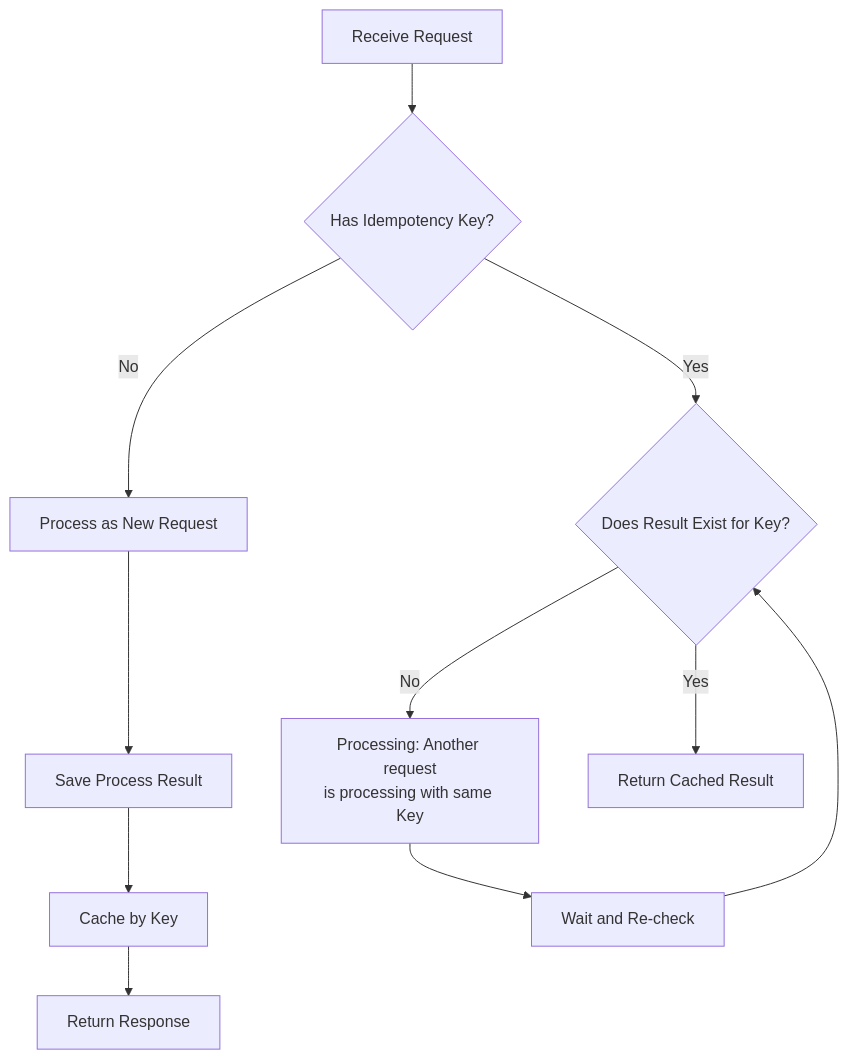
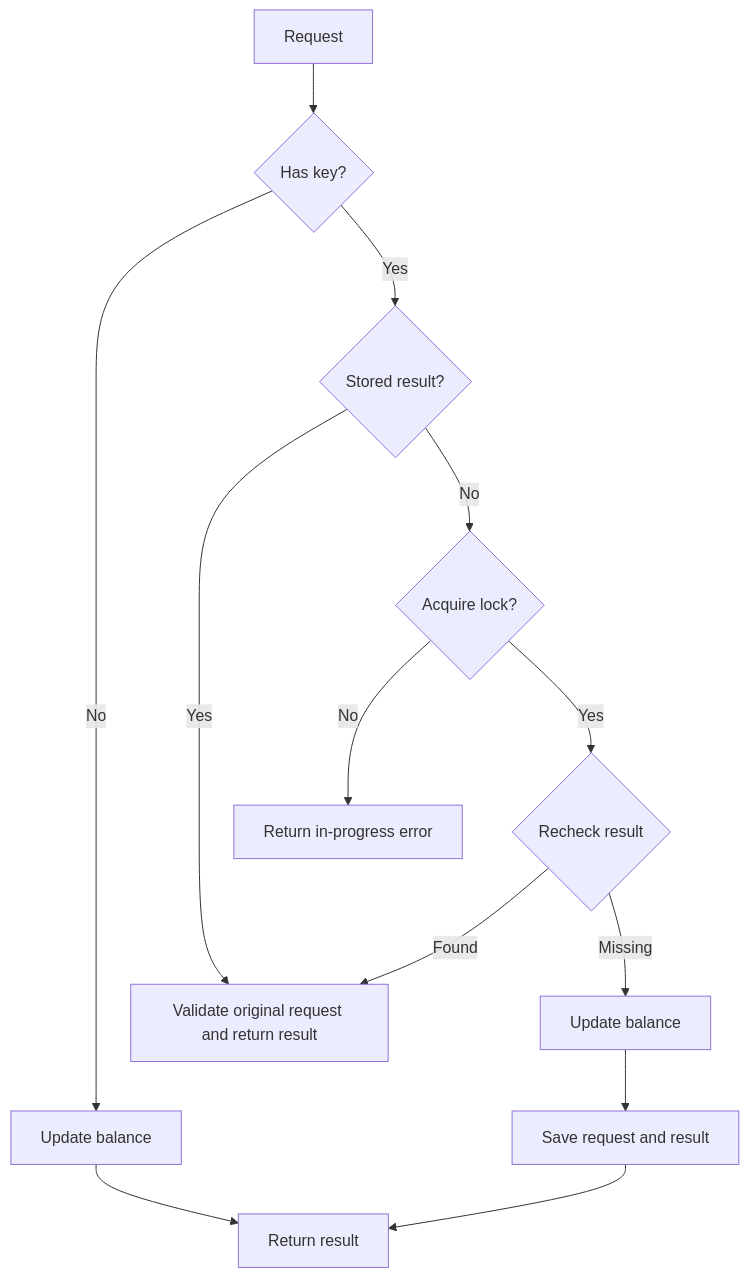
The second of 3 diagrams in software/idempotency_en.md (sokoide/workshop), drawn with Mermaid before and after one commit. The commit also changed other lines of this file and 61 other files, not shown here.

````diff
--- a/software/idempotency_en.md
+++ b/software/idempotency_en.md
@@ -89,15 +89,15 @@
 ```mermaid
 flowchart TD
-    A[Receive Request] --> B{Has Idempotency Key?}
-    B -- No --> C[Process as New Request]
-    C --> D[Save Process Result]
-    D --> E[Cache by Key]
-    E --> F[Return Response]
-
-    B -- Yes --> G{Does Result Exist for Key?}
-    G -- No --> H[Processing: Another request<br>is processing with same Key]
-    H --> I[Wait and Re-check]
-    I --> G
-
-    G -- Yes --> J[Return Cached Result]
+    A[Request] --> B{Has key?}
+    B -- No --> C[Update balance]
+    C --> R[Return result]
+    B -- Yes --> D{Stored result?}
+    D -- Yes --> E[Validate original request and return result]
+    D -- No --> F{Acquire lock?}
+    F -- No --> G[Return in-progress error]
+    F -- Yes --> H{Recheck result}
+    H -- Found --> E
+    H -- Missing --> I[Update balance]
+    I --> J[Save request and result]
+    J --> R
 ```
````
